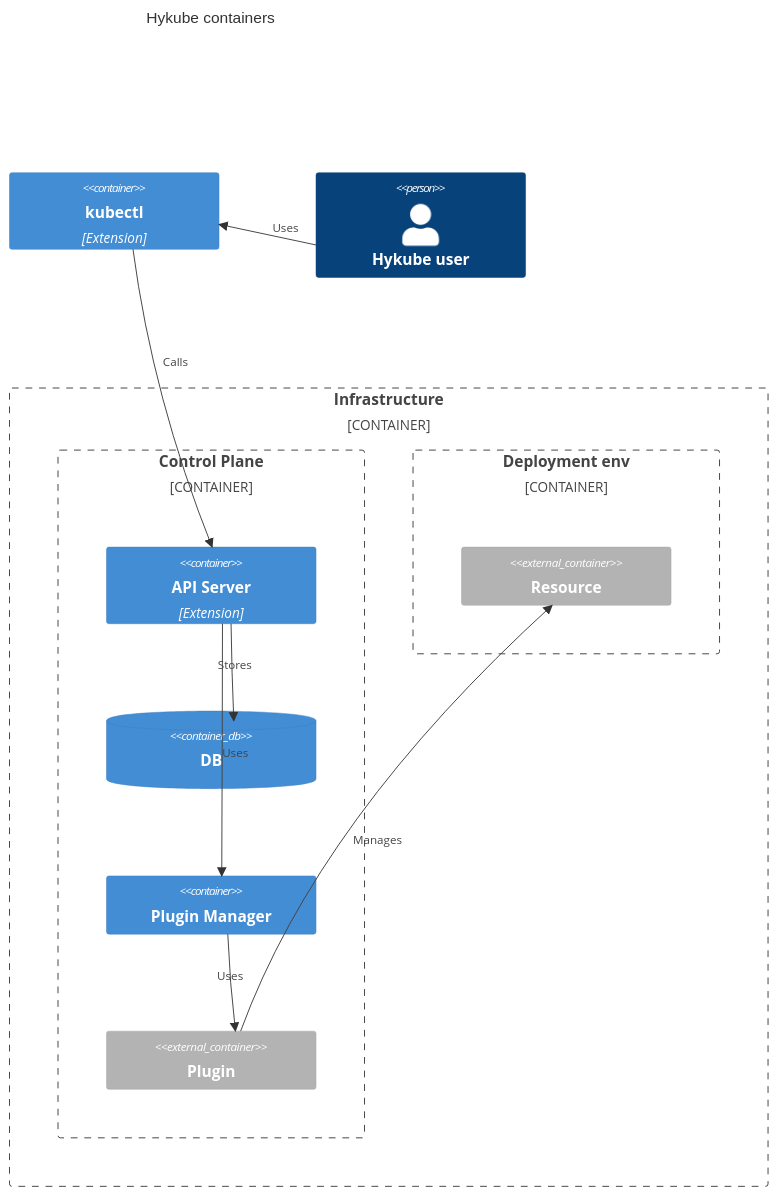
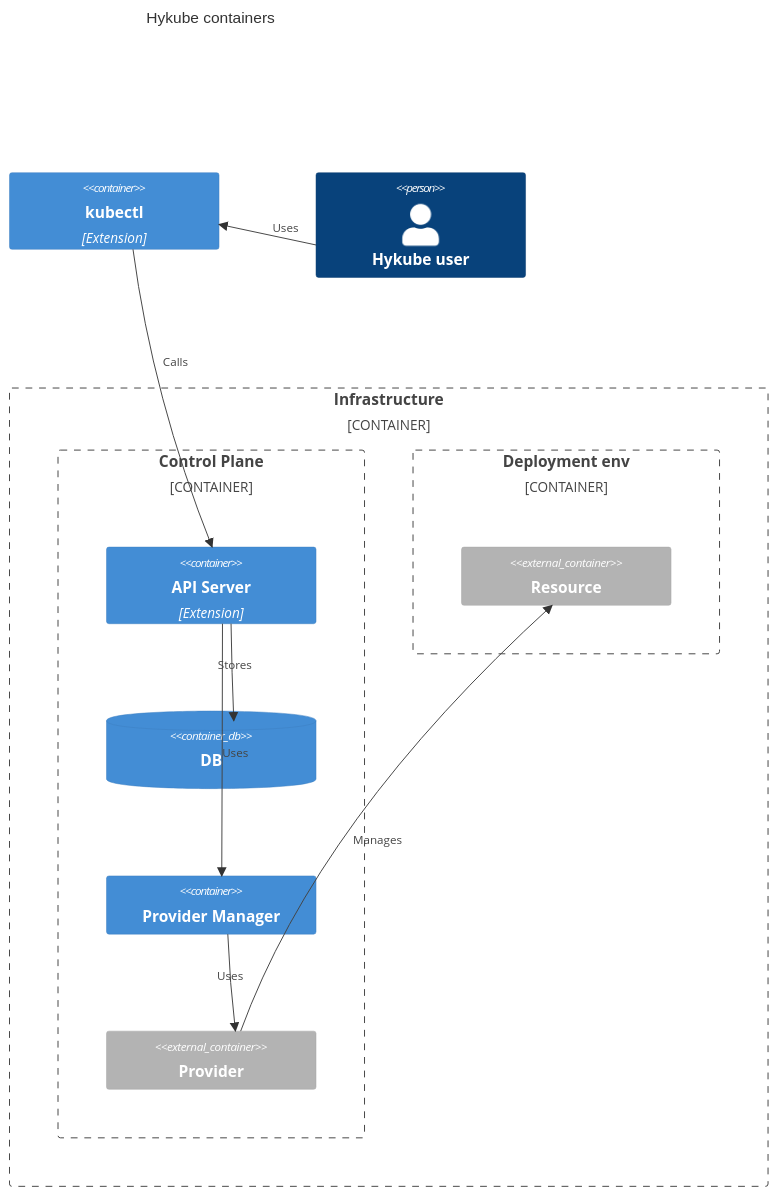
One commit to infrapot/hykube changed the second of 2 diagrams in README.md. Above: the diagram before and after it, drawn with Mermaid.

````diff
--- a/README.md
+++ b/README.md
@@ -70,39 +70,39 @@
 ```mermaid
 
 C4Container
     title Hykube containers
 
     Container(kubectl, "kubectl", "Extension")
 
     Person(user, "Hykube user")
 
 
     Container_Boundary(c1, "Infrastructure") {
         Container_Boundary(c2, "Control Plane") {
             Container(api, "API Server", "Extension")
             ContainerDb(db, "DB")
-            Container(pm, "Plugin Manager")
-            Container_Ext(p1, "Plugin")
+            Container(pm, "Provider Manager")
+            Container_Ext(p1, "Provider")
         }
 
         Container_Boundary(dep, "Deployment env") {
             Container_Ext(res1, "Resource")
         }
     }
 
     Rel(user, kubectl, "Uses")
     Rel(kubectl, api, "Calls")
     Rel(api, db, "Stores")
     Rel(api, pm, "Uses")
     Rel(pm, p1, "Uses")
     Rel(p1, res1, "Manages")
 
     UpdateRelStyle(user, kubectl, $offsetY="-10", $offsetX="5")
     UpdateRelStyle(kubectl, api, $offsetY="-40", $offsetX="-10")
     UpdateRelStyle(api, db, $offsetY="-10", $offsetX="-15")
     UpdateRelStyle(pm, p1, $offsetY="-10", $offsetX="-15")
     UpdateRelStyle(p1, res1, $offsetY="20", $offsetX="-45")
 
 
     UpdateLayoutConfig($c4ShapeInRow="2", $c4BoundaryInRow="2")
 ```
````
